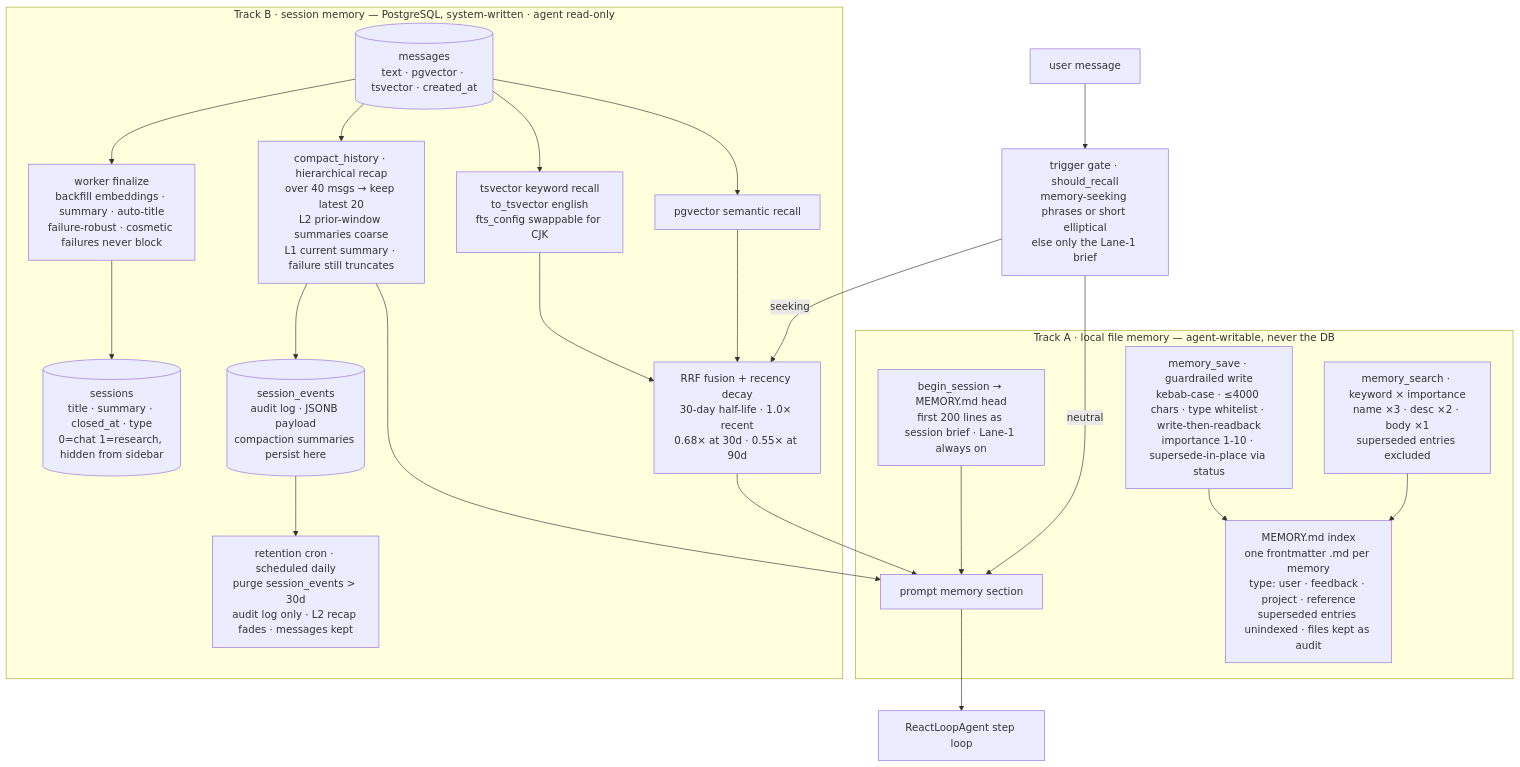
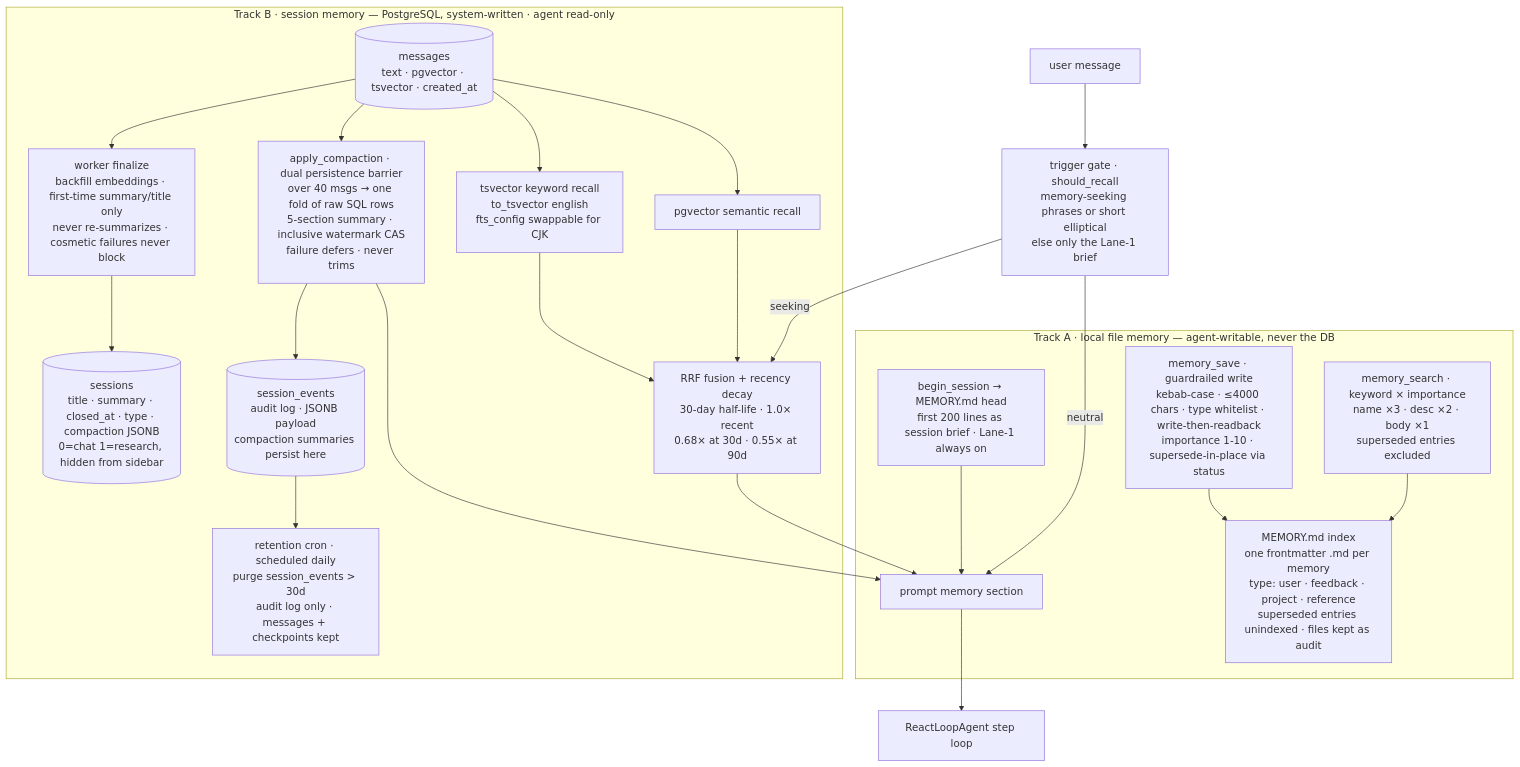
Before and after one commit to Eric-LLMs/DeepDive: the third of 5 diagrams in docs/architecture-diagrams.md, drawn with Mermaid. The commit also changed other lines of this file and 2 other files, not shown here.

Commit message:
docs: sync session-memory v2 design — §22 chat Live State, zero-read turns, barriered compaction

````diff
--- a/docs/architecture-diagrams.md
+++ b/docs/architecture-diagrams.md
@@ -84,48 +84,48 @@
 ```mermaid
 flowchart TB
     %% Invariants: thinking never persisted · messages never deleted by compaction/retention ·
     %% memory_save writes the memdir only (never PG) · vector-channel failure → tsvector-only (never silent empty) ·
     %% superseding marks a memory, never deletes it (audit file kept) · cosmetic failures never block the main flow
 
     P[prompt memory section]
 
     subgraph trackA["Track A · local file memory — agent-writable, never the DB"]
         FILES[MEMORY.md index<br/>one frontmatter .md per memory<br/>type: user · feedback · project · reference<br/>superseded entries unindexed · files kept as audit]
         WRITE[memory_save · guardrailed write<br/>kebab-case · ≤4000 chars · type whitelist · write-then-readback<br/>importance 1-10 · supersede-in-place via status]
         SEARCH[memory_search · keyword × importance<br/>name ×3 · desc ×2 · body ×1<br/>superseded entries excluded]
         BRIEF[begin_session → MEMORY.md head<br/>first 200 lines as session brief · Lane-1 always on]
         WRITE --> FILES
         SEARCH --> FILES
         BRIEF --> P
     end
 
     subgraph trackB["Track B · session memory — PostgreSQL, system-written · agent read-only"]
         MSGS[(messages<br/>text · pgvector · tsvector · created_at)]
-        SESS[(sessions<br/>title · summary · closed_at · type<br/>0=chat 1=research, hidden from sidebar)]
+        SESS[(sessions<br/>title · summary · closed_at · type · compaction JSONB<br/>0=chat 1=research, hidden from sidebar)]
         EVTS[(session_events<br/>audit log · JSONB payload<br/>compaction summaries persist here)]
         KW[tsvector keyword recall<br/>to_tsvector english<br/>fts_config swappable for CJK]
         VEC[pgvector semantic recall]
         RRF[RRF fusion + recency decay<br/>30-day half-life · 1.0× recent<br/>0.68× at 30d · 0.55× at 90d]
-        COMPACT[compact_history · hierarchical recap<br/>over 40 msgs → keep latest 20<br/>L2 prior-window summaries coarse<br/>L1 current summary · failure still truncates]
-        FINAL[worker finalize<br/>backfill embeddings · summary · auto-title<br/>failure-robust · cosmetic failures never block]
-        SWEEP[retention cron · scheduled daily<br/>purge session_events > 30d<br/>audit log only · L2 recap fades · messages kept]
+        COMPACT[apply_compaction · dual persistence barrier<br/>over 40 msgs → one fold of raw SQL rows<br/>5-section summary · inclusive watermark CAS<br/>failure defers · never trims]
+        FINAL[worker finalize<br/>backfill embeddings · first-time summary/title only<br/>never re-summarizes · cosmetic failures never block]
+        SWEEP[retention cron · scheduled daily<br/>purge session_events > 30d<br/>audit log only · messages + checkpoints kept]
         MSGS --> KW
         MSGS --> VEC
         KW --> RRF
         VEC --> RRF
         MSGS --> COMPACT
         MSGS --> FINAL
         COMPACT --> P
         COMPACT --> EVTS
         EVTS --> SWEEP
         FINAL --> SESS
     end
 
     USER[user message]
     GATE[trigger gate · should_recall<br/>memory-seeking phrases or short elliptical<br/>else only the Lane-1 brief]
     USER --> GATE
     GATE -- seeking --> RRF
     GATE -- neutral --> P
     RRF --> P
     P --> AGENT[ReactLoopAgent step loop]
 ```
````
